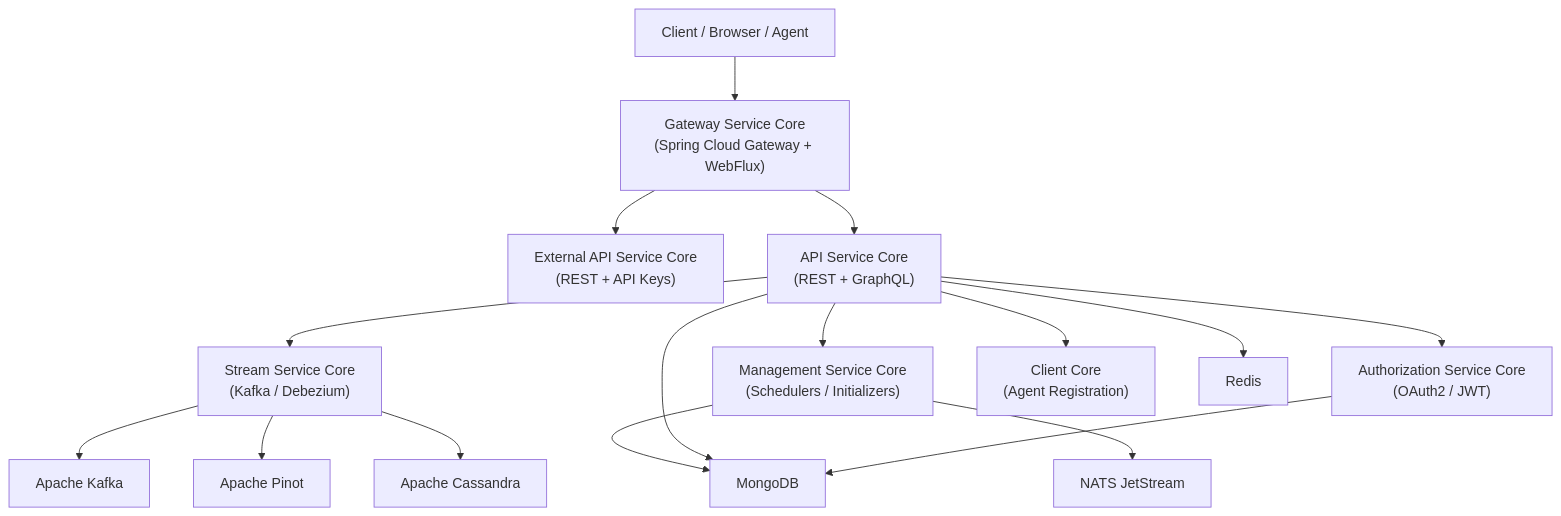
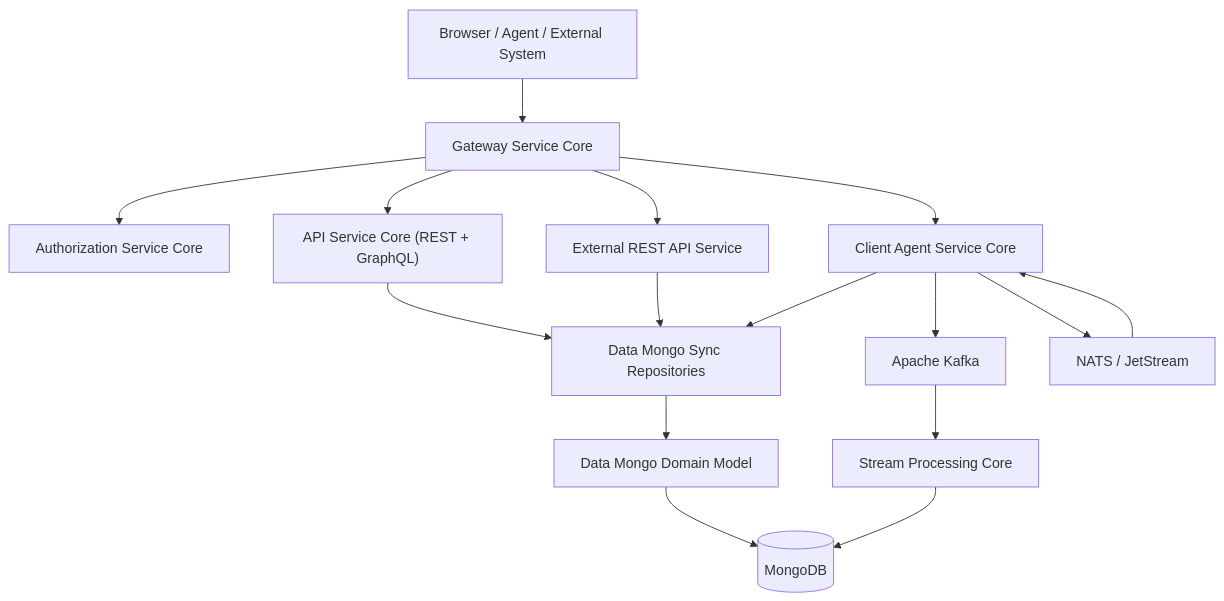
One commit to flamingo-stack/openframe-oss-lib changed the first of 4 diagrams in docs/development/architecture/README.md. Above: the diagram before and after it, drawn with Mermaid. The commit also changed other lines of this file and 10 other files, not shown here.

````diff
--- a/docs/development/architecture/README.md
+++ b/docs/development/architecture/README.md
@@ -9,20 +9,23 @@
 ```mermaid
 flowchart TD
-    Client["Client / Browser / Agent"] --> Gateway["Gateway Service Core\n(Spring Cloud Gateway + WebFlux)"]
-    Gateway --> ExternalAPI["External API Service Core\n(REST + API Keys)"]
-    Gateway --> ApiCore["API Service Core\n(REST + GraphQL)"]
+    Client["Browser / Agent / External System"] --> Gateway["Gateway Service Core"]
 
-    ApiCore --> Authz["Authorization Service Core\n(OAuth2 / JWT)"]
-    ApiCore --> Stream["Stream Service Core\n(Kafka / Debezium)"]
-    ApiCore --> Management["Management Service Core\n(Schedulers / Initializers)"]
-    ApiCore --> ClientSvc["Client Core\n(Agent Registration)"]
+    Gateway --> Authz["Authorization Service Core"]
+    Gateway --> Api["API Service Core (REST + GraphQL)"]
+    Gateway --> ExternalApi["External REST API Service"]
+    Gateway --> ClientAgent["Client Agent Service Core"]
 
-    Authz --> Mongo["MongoDB"]
-    ApiCore --> Mongo
-    ApiCore --> Redis["Redis"]
-    Stream --> Kafka["Apache Kafka"]
-    Stream --> Pinot["Apache Pinot"]
-    Stream --> Cassandra["Apache Cassandra"]
-    Management --> NATS["NATS JetStream"]
-    Management --> Mongo
+    Api --> Repos["Data Mongo Sync Repositories"]
+    ExternalApi --> Repos
+    ClientAgent --> Repos
+
+    Repos --> Domain["Data Mongo Domain Model"]
+    Domain --> Mongo[("MongoDB")]
+
+    ClientAgent --> Kafka["Apache Kafka"]
+    Kafka --> Stream["Stream Processing Core"]
+    Stream --> Mongo
+
+    ClientAgent --> NATS["NATS / JetStream"]
+    NATS --> ClientAgent
 ```
````
